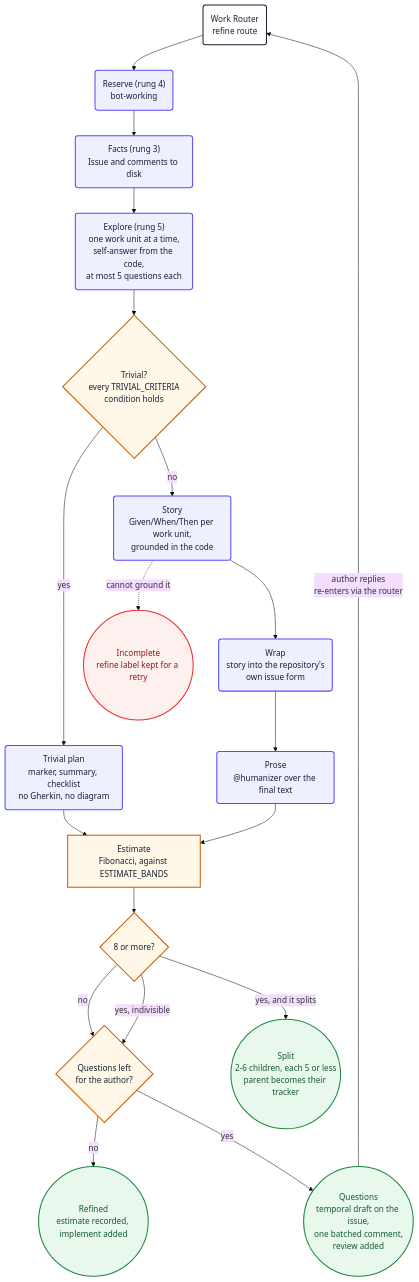
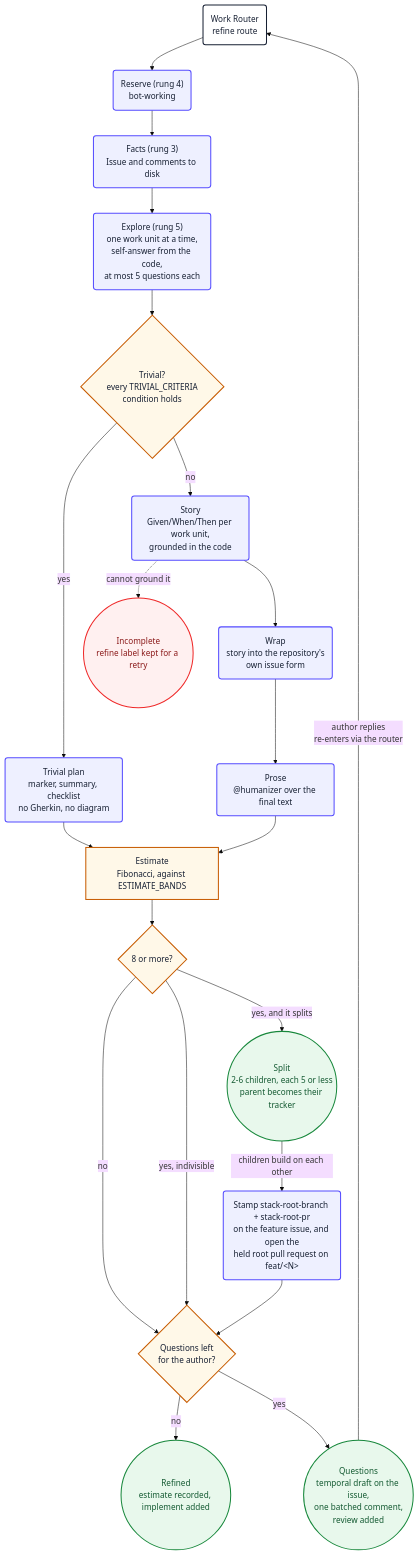
The fifth of 13 diagrams in docs/diagrams.md (PlainConceptsPlatform/agentic-workflows), drawn with Mermaid (base theme) before and after one commit. The commit also changed other lines of this file and 16 other files, not shown here.

````diff
--- a/docs/diagrams.md
+++ b/docs/diagrams.md
@@ -169,39 +206,41 @@
 ```mermaid
 flowchart TD
     refStart("Work Router<br/>refine route") --> refReserve
     refReserve("Reserve (rung 4)<br/>bot-working") --> refFacts
     refFacts("Facts (rung 3)<br/>Issue and comments to disk") --> refExplore
     refExplore("Explore (rung 5)<br/>one work unit at a time,<br/>self-answer from the code,<br/>at most 5 questions each") --> refClassify
     refClassify{"Trivial?<br/>every TRIVIAL_CRITERIA<br/>condition holds"}
     refClassify -->|yes| refTrivial
     refClassify -->|no| refStory
     refTrivial("Trivial plan<br/>marker, summary, checklist<br/>no Gherkin, no diagram") --> refEstimate
     refStory("Story<br/>Given/When/Then per work unit,<br/>grounded in the code") --> refWrap
     refStory -.->|"cannot ground it"| refFail
     refWrap("Wrap<br/>story into the repository's<br/>own issue form") --> refProse
     refProse("Prose<br/>@humanizer over the final text") --> refEstimate
     refEstimate["Estimate<br/>Fibonacci, against ESTIMATE_BANDS"] --> refSplit
     refSplit{"8 or more?"}
     refSplit -->|no| refOutcome
     refSplit -->|"yes, and it splits"| refChildren
     refSplit -->|"yes, indivisible"| refOutcome
     refChildren(("Split<br/>2-6 children, each 5 or less<br/>parent becomes their tracker"))
+    refChildren -->|"children build on each other"| refStack
+    refStack("Stamp stack-root-branch + stack-root-pr<br/>on the feature issue, and open the<br/>held root pull request on feat/&lt;N&gt;") --> refOutcome
     refOutcome{"Questions left<br/>for the author?"}
     refOutcome -->|no| refDone
     refOutcome -->|yes| refAsk
     refDone(("Refined<br/>estimate recorded, implement added"))
     refAsk(("Questions<br/>temporal draft on the issue,<br/>one batched comment,<br/>review added"))
     refAsk -->|"author replies<br/>re-enters via the router"| refStart
     refFail(("Incomplete<br/>refine label kept for a retry"))
 
     classDef start fill:#ffffff,stroke:#172033,stroke-width:2px,color:#172033
     classDef action fill:#eef0ff,stroke:#554cff,stroke-width:2px,color:#172033
     classDef decision fill:#fff8e8,stroke:#c75b00,stroke-width:2px,color:#172033
     classDef failure fill:#fff0f0,stroke:#ef2929,stroke-width:2px,color:#8b1a1a
     classDef success fill:#e8f8ec,stroke:#18883c,stroke-width:2px,color:#145a32
     class refStart start
-    class refReserve,refFacts,refExplore,refTrivial,refStory,refWrap,refProse action
+    class refReserve,refFacts,refExplore,refTrivial,refStory,refWrap,refProse,refStack action
     class refClassify,refEstimate,refSplit,refOutcome decision
     class refFail failure
     class refDone,refAsk,refChildren success
 ```
````
